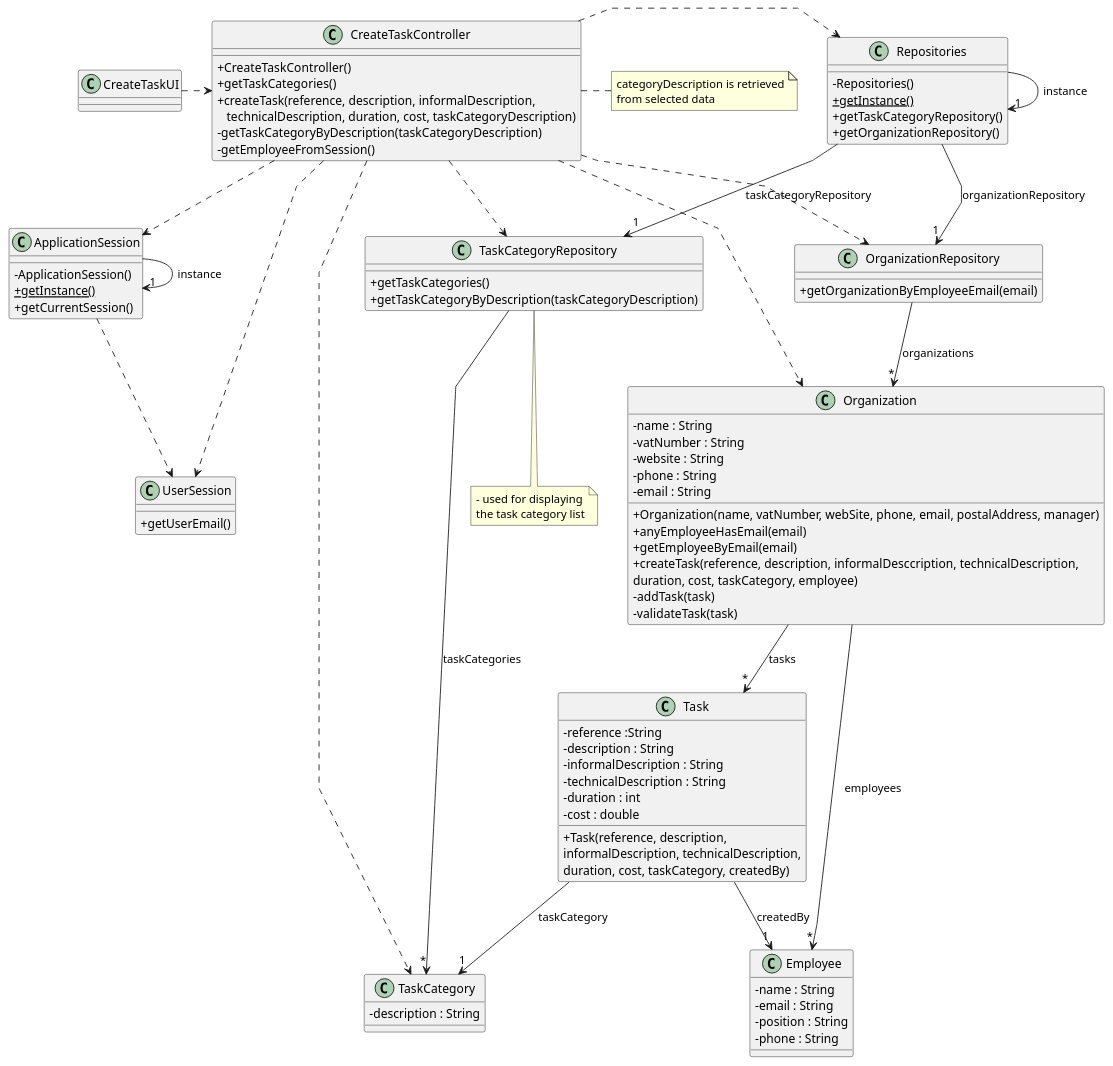
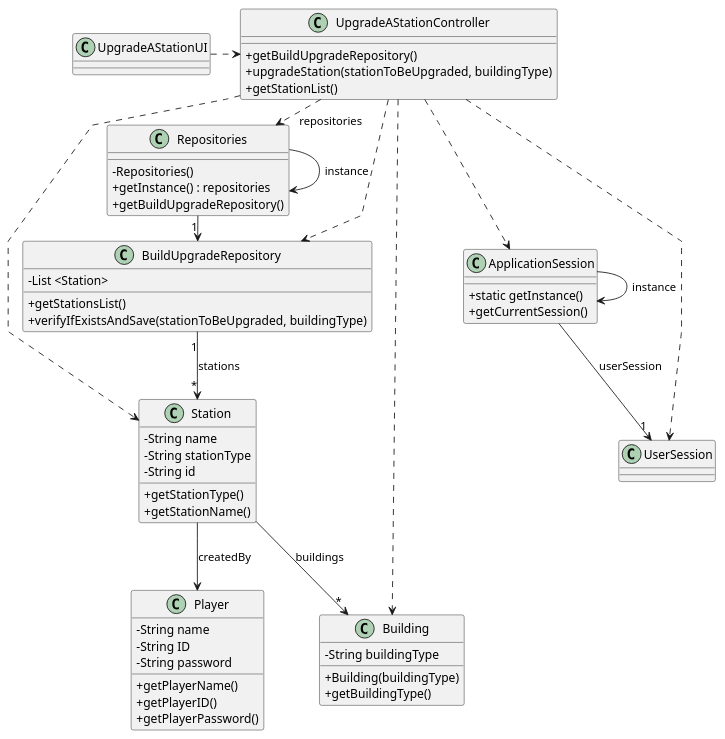
Before and after one commit to ivasduarte/all-aboard: the diagram in docs/sprint2/us007/03.design/puml/us007-class-diagram.puml, drawn with PlantUML. The commit also changed 4 other files, not shown here.

```diff
--- a/docs/sprint2/us007/03.design/puml/us007-class-diagram.puml
+++ b/docs/sprint2/us007/03.design/puml/us007-class-diagram.puml
@@ -1,126 +1,84 @@
 @startuml
-'skinparam monochrome true
-skinparam packageStyle rectangle
+skinparam packageeStyle rectangle
 skinparam shadowing false
 skinparam linetype polyline
-'skinparam linetype orto
 
 skinparam classAttributeIconSize 0
 
-'left to right direction
+class Player {
+    - String name
+    - String ID
+    - String password
+    + getPlayerName()
+    + getPlayerID()
+    + getPlayerPassword()
+}
 
-class ApplicationSession
-{
-    - ApplicationSession()
-    + {static} getInstance()
+class UserSession {
+}
+
+class ApplicationSession {
+    + static getInstance()
     + getCurrentSession()
 }
 
-class UserSession
-{
-    + getUserEmail()
+
+class Station {
+    - String name
+    - String stationType
+    - String id
+    + getStationType()
+    + getStationName()
 }
 
-class Employee {
-    - name : String
-    - email : String
-    - position : String
-    - phone : String
+
+class Building {
+    - String buildingType
+    + Building(buildingType)
+    + getBuildingType()
 }
 
-class Task {
-    - reference :String
-    - description : String
-    - informalDescription : String
-    - technicalDescription : String
-    - duration : int
-    - cost : double
-
-    + Task(reference, description,\ninformalDescription, technicalDescription,\nduration, cost, taskCategory, createdBy)
+class UpgradeAStationUI {
 }
 
-class TaskCategory {
-    - description : String
-}
-
-class Organization {
-    - name : String
-    - vatNumber : String
-    - website : String
-    - phone : String
-    - email : String
-
-    + Organization(name, vatNumber, webSite, phone, email, postalAddress, manager)
-    + anyEmployeeHasEmail(email)
-    + getEmployeeByEmail(email)
-    + createTask(reference, description, informalDesccription, technicalDescription, \nduration, cost, taskCategory, employee)
-    - addTask(task)
-    - validateTask(task)
-}
-
-class TaskCategoryRepository {
-    + getTaskCategories()
-    + getTaskCategoryByDescription(taskCategoryDescription)
-}
-
-class OrganizationRepository {
-    + getOrganizationByEmployeeEmail(email)
+class UpgradeAStationController {
+    + getBuildUpgradeRepository()
+    + upgradeStation(stationToBeUpgraded, buildingType)
+    + getStationList()
 }
 
 class Repositories {
     - Repositories()
-    + {static} getInstance()
-    + getTaskCategoryRepository()
-    + getOrganizationRepository()
+    + getInstance() : repositories
+    + getBuildUpgradeRepository()
 }
 
-class CreateTaskController {
-    + CreateTaskController()
-    + getTaskCategories()
-    + createTask(reference, description, informalDescription, \n   technicalDescription, duration, cost, taskCategoryDescription)
-    - getTaskCategoryByDescription(taskCategoryDescription)
-    - getEmployeeFromSession()
+class BuildUpgradeRepository {
+    - List <Station>
+    + getStationsList()
+    + verifyIfExistsAndSave(stationToBeUpgraded, buildingType)
 }
 
-note right of CreateTaskController
-    categoryDescription is retrieved
-    from selected data
-end note
+Repositories -> Repositories : instance
+ApplicationSession -> ApplicationSession : instance
 
-note bottom of TaskCategoryRepository
-    - used for displaying
-    the task category list
-end note
+UpgradeAStationUI .> UpgradeAStationController
 
-class CreateTaskUI {
-}
+UpgradeAStationController .> Repositories : repositories
 
-CreateTaskUI .> CreateTaskController
+Repositories -> "1" BuildUpgradeRepository
+UpgradeAStationController ..> Station
+UpgradeAStationController ..> Building
+UpgradeAStationController ..> BuildUpgradeRepository
 
-CreateTaskController ..> ApplicationSession
-CreateTaskController ..> UserSession
-CreateTaskController ..> TaskCategory
-CreateTaskController ..> TaskCategoryRepository
-CreateTaskController ..> Organization
-CreateTaskController ..> OrganizationRepository
-CreateTaskController .> Repositories
+ApplicationSession --> "1" UserSession : userSession
 
-Repositories -> "1" Repositories : instance
-Repositories --> "1" OrganizationRepository : organizationRepository
-Repositories -> "1" TaskCategoryRepository : taskCategoryRepository
+UpgradeAStationController ..> ApplicationSession
+UpgradeAStationController ..> UserSession
 
-ApplicationSession -> "1" ApplicationSession : instance
-ApplicationSession ..> UserSession
+BuildUpgradeRepository "1" --> "*" Station : stations
 
-TaskCategoryRepository --> "*" TaskCategory : taskCategories
-
-OrganizationRepository --> "*" Organization : organizations
-
-Organization --> "*" Task : tasks
-Organization --> "*" Employee : employees
-
-Task --> "1" TaskCategory : taskCategory
-Task --> "1" Employee : createdBy
-
+Station --> Player : createdBy
+Station --> "*" Building : buildings
 
 @enduml
```
